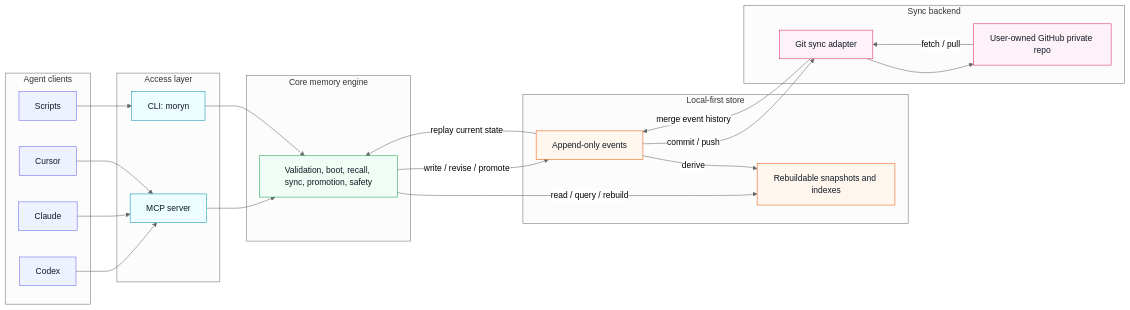
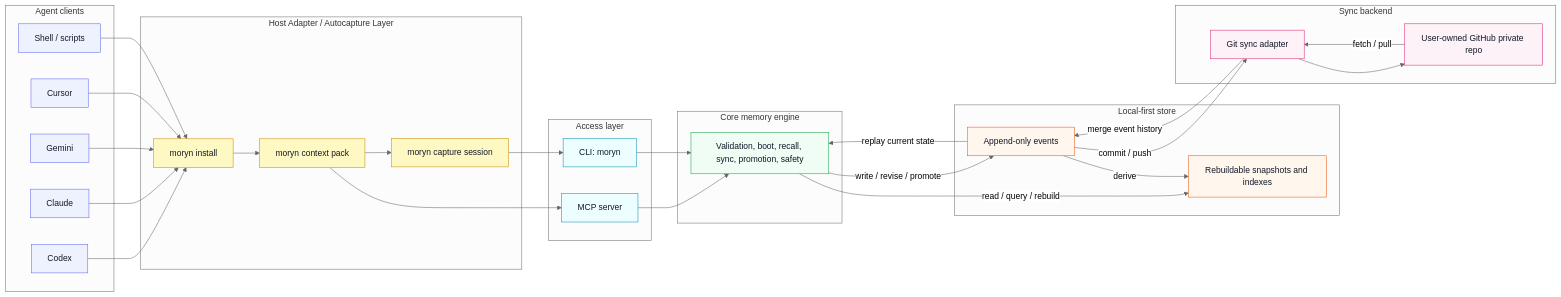
The diagram in docs/moryn-design.md (Richardyu114/Moryn), drawn with Mermaid (neutral theme) before and after one commit. The commit also changed other lines of this file and 19 other files, not shown here.

First line of the commit message:
feat: add host adapter flow and clean local docs

````diff
--- a/docs/moryn-design.md
+++ b/docs/moryn-design.md
@@ -80,58 +83,73 @@
 ```mermaid
 flowchart LR
   subgraph ClientLayer["Agent clients"]
     A1["Codex"]
     A2["Claude"]
-    A3["Cursor"]
-    A4["Scripts"]
+    A3["Gemini"]
+    A4["Cursor"]
+    A5["Shell / scripts"]
+  end
+
+  subgraph AdapterLayer["Host Adapter / Autocapture Layer"]
+    Install["moryn install"]
+    ContextPack["moryn context pack"]
+    Capture["moryn capture session"]
   end
 
   subgraph AccessLayer["Access layer"]
     MCP["MCP server"]
     CLI["CLI: moryn"]
   end
 
   subgraph EngineLayer["Core memory engine"]
     Engine["Validation, boot, recall, sync, promotion, safety"]
   end
 
   subgraph StoreLayer["Local-first store"]
     Events["Append-only events"]
     Derived["Rebuildable snapshots and indexes"]
   end
 
   subgraph SyncLayer["Sync backend"]
     Git["Git sync adapter"]
     GitHub["User-owned GitHub private repo"]
   end
 
-  A1 --> MCP
-  A2 --> MCP
-  A3 --> MCP
-  A4 --> CLI
+  A1 --> Install
+  A2 --> Install
+  A3 --> Install
+  A4 --> Install
+  A5 --> Install
+
+  Install --> ContextPack
+  ContextPack --> Capture
+  ContextPack --> MCP
+  Capture --> CLI
 
   MCP --> Engine
   CLI --> Engine
 
   Engine -->|"write / revise / promote"| Events
   Events -->|"replay current state"| Engine
   Engine -->|"read / query / rebuild"| Derived
   Events -->|"derive"| Derived
 
   Events -->|"commit / push"| Git
   Git --> GitHub
   GitHub -->|"fetch / pull"| Git
   Git -->|"merge event history"| Events
 
   classDef clients fill:#eef2ff,stroke:#6366f1,color:#111827
+  classDef adapter fill:#fef9c3,stroke:#ca8a04,color:#111827
   classDef access fill:#ecfeff,stroke:#0891b2,color:#111827
   classDef engine fill:#f0fdf4,stroke:#16a34a,color:#111827
   classDef store fill:#fff7ed,stroke:#ea580c,color:#111827
   classDef sync fill:#fdf2f8,stroke:#db2777,color:#111827
 
-  class A1,A2,A3,A4 clients
+  class A1,A2,A3,A4,A5 clients
+  class Install,ContextPack,Capture adapter
   class MCP,CLI access
   class Engine engine
   class Events,Derived store
   class Git,GitHub sync
 ```
````
